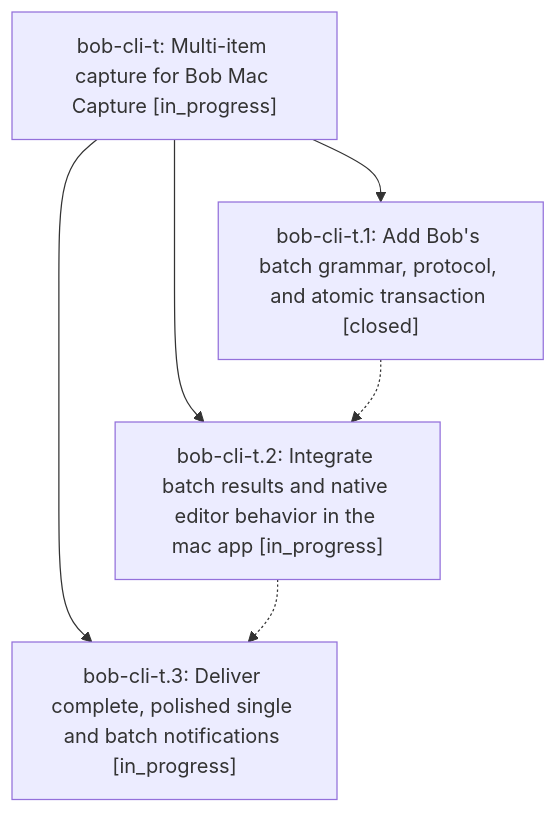
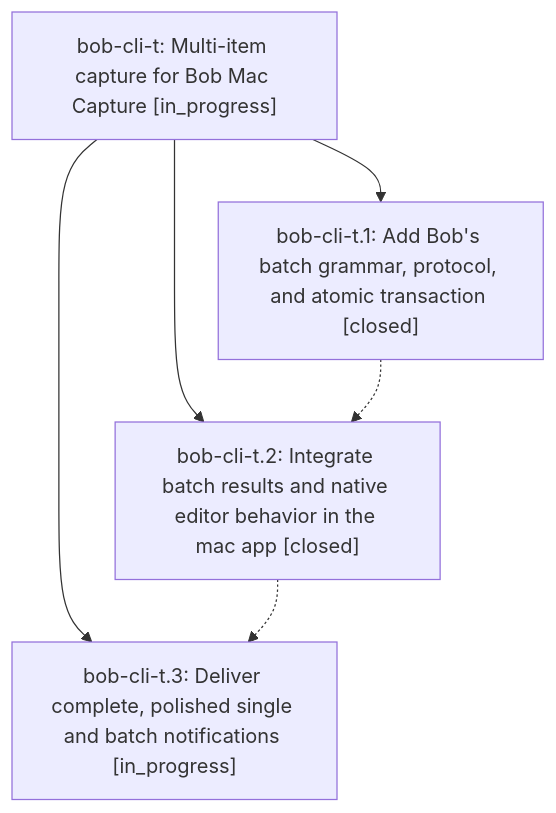
The diagram in pages/bob-cli-t/README.md (bobs-org/bob-cli--beads), drawn with Mermaid before and after one commit. The commit also changed other lines of this file and 3 other files, not shown here.

First line of the commit message:
chore(beads): sync bead state and pages for bob-cli-t

````diff
--- a/pages/bob-cli-t/README.md
+++ b/pages/bob-cli-t/README.md
@@ -24,12 +24,12 @@
 ```mermaid
 flowchart TD
     n0["bob-cli-t: Multi-item capture for Bob Mac Capture [in_progress]"]
     n1["bob-cli-t.1: Add Bob's batch grammar, protocol, and atomic transaction [closed]"]
-    n2["bob-cli-t.2: Integrate batch results and native editor behavior in the mac app [in_progress]"]
+    n2["bob-cli-t.2: Integrate batch results and native editor behavior in the mac app [closed]"]
     n3["bob-cli-t.3: Deliver complete, polished single and batch notifications [in_progress]"]
     n0 --> n1
     n0 --> n2
     n0 --> n3
     n1 -.-> n2
     n2 -.-> n3
 ```
````
